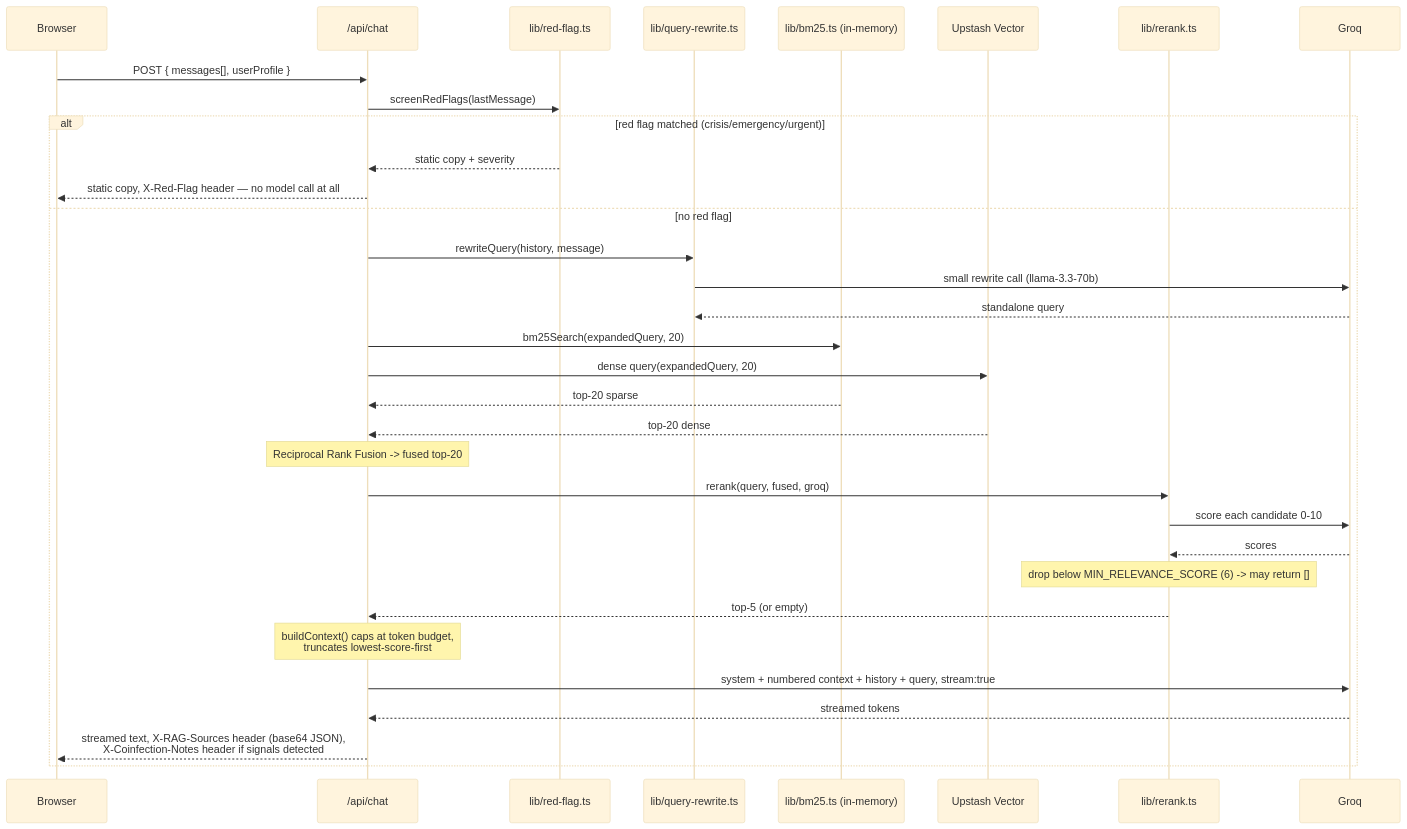
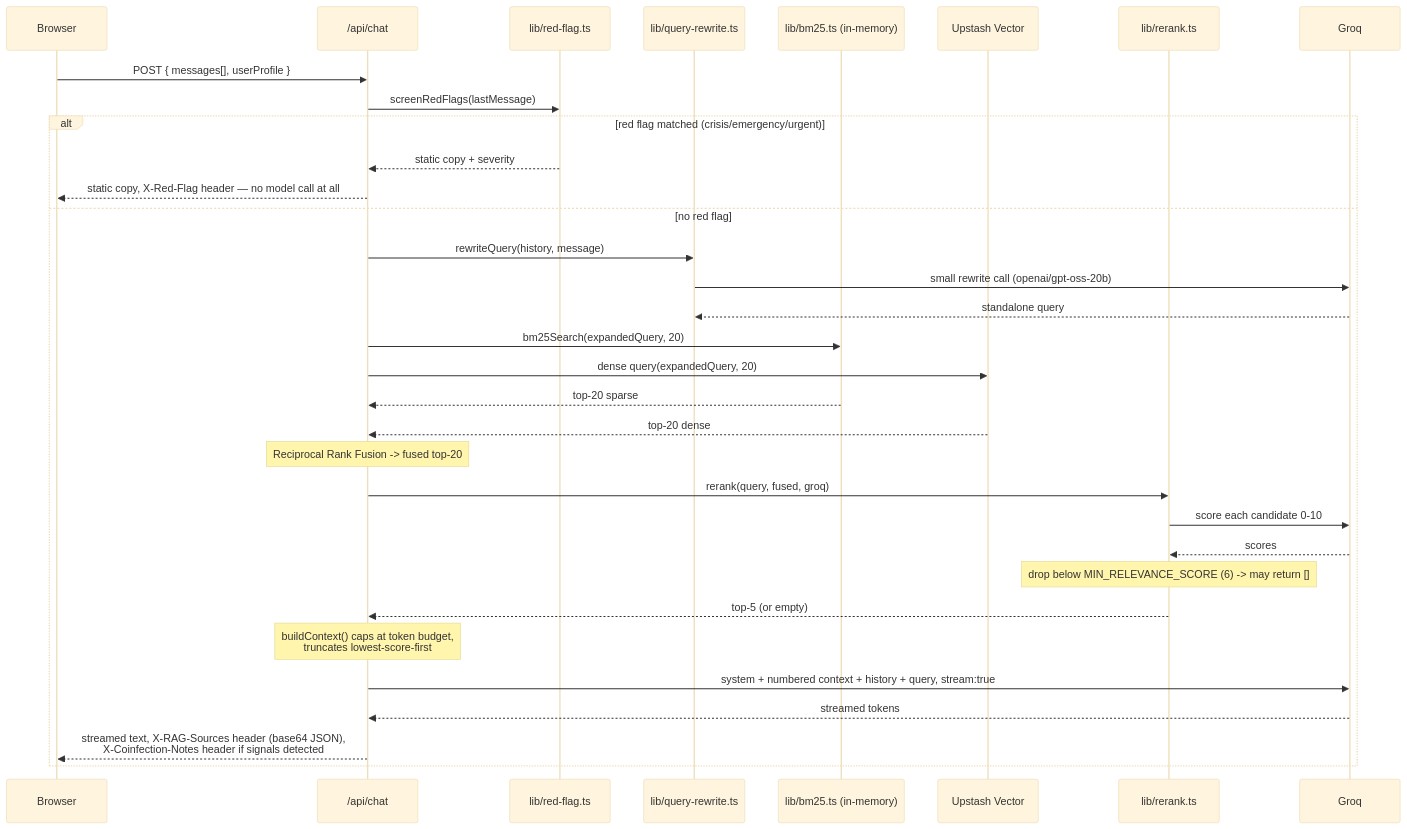
The second of 6 diagrams in design.md (Raj102002/AIHealthcare), drawn with Mermaid (base theme) before and after one commit. The commit also changed other lines of this file and 46 other files, not shown here.

````diff
--- a/design.md
+++ b/design.md
@@ -99,36 +99,36 @@
 ```mermaid
 sequenceDiagram
     participant U as Browser
     participant C as /api/chat
     participant RF as lib/red-flag.ts
     participant QR as lib/query-rewrite.ts
     participant BM as lib/bm25.ts (in-memory)
     participant UV as Upstash Vector
     participant RR as lib/rerank.ts
     participant G as Groq
 
     U->>C: POST { messages[], userProfile }
     C->>RF: screenRedFlags(lastMessage)
     alt red flag matched (crisis/emergency/urgent)
         RF-->>C: static copy + severity
         C-->>U: static copy, X-Red-Flag header — no model call at all
     else no red flag
         C->>QR: rewriteQuery(history, message)
-        QR->>G: small rewrite call (llama-3.3-70b)
+        QR->>G: small rewrite call (openai/gpt-oss-20b)
         G-->>QR: standalone query
         C->>BM: bm25Search(expandedQuery, 20)
         C->>UV: dense query(expandedQuery, 20)
         BM-->>C: top-20 sparse
         UV-->>C: top-20 dense
         Note over C: Reciprocal Rank Fusion -> fused top-20
         C->>RR: rerank(query, fused, groq)
         RR->>G: score each candidate 0-10
         G-->>RR: scores
         Note over RR: drop below MIN_RELEVANCE_SCORE (6) -> may return []
         RR-->>C: top-5 (or empty)
         Note over C: buildContext() caps at token budget,<br/>truncates lowest-score-first
         C->>G: system + numbered context + history + query, stream:true
         G-->>C: streamed tokens
         C-->>U: streamed text, X-RAG-Sources header (base64 JSON),<br/>X-Coinfection-Notes header if signals detected
     end
 ```
````
